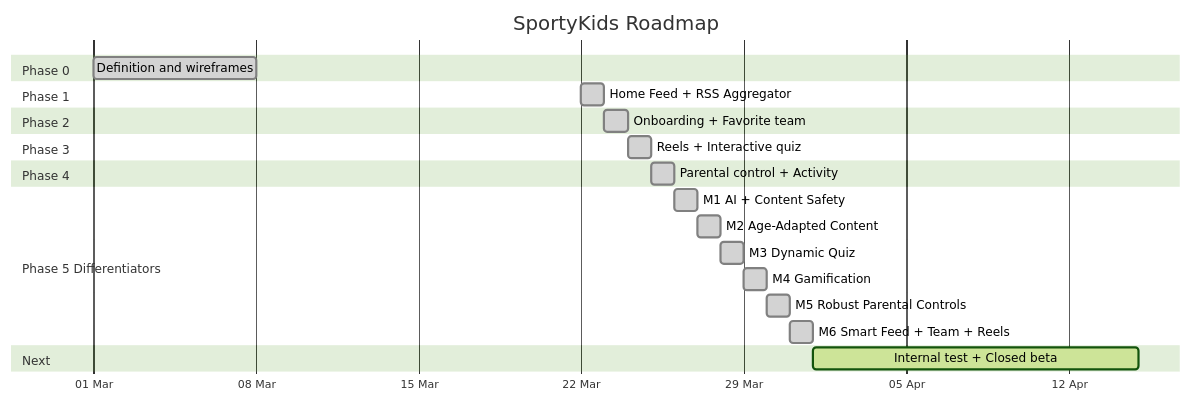
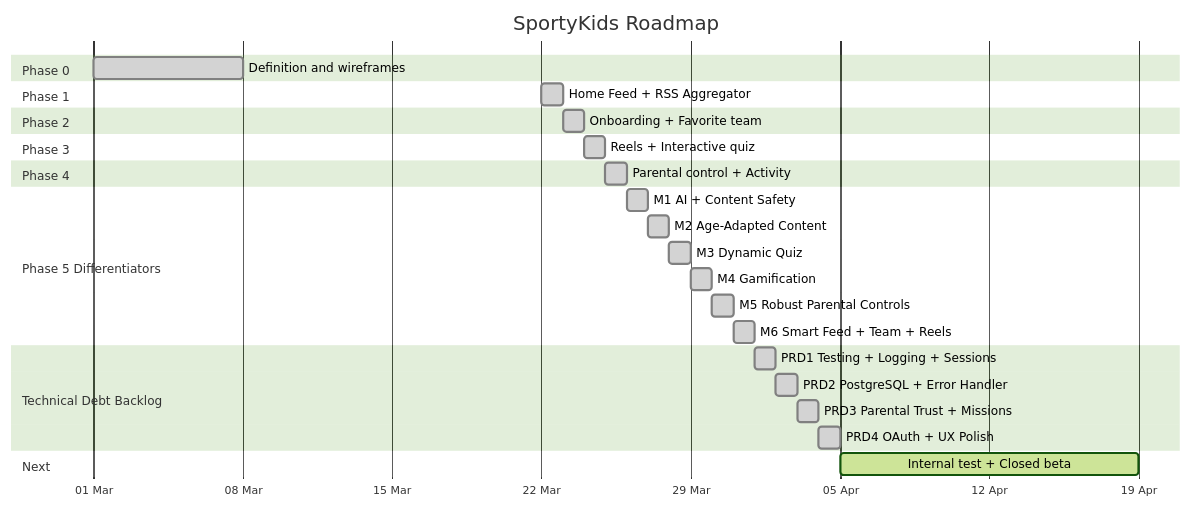
Before and after one commit to durdy48/SportyKids: the diagram in docs/en/10-roadmap-and-decisions.md, drawn with Mermaid (forest theme). The commit also changed other lines of this file and 425 other files, not shown here.

First line of the commit message:
feat: Technical Debt Backlog — 4 PRDs for production readiness

````diff
--- a/docs/en/10-roadmap-and-decisions.md
+++ b/docs/en/10-roadmap-and-decisions.md
@@ -5,32 +5,38 @@
 ```mermaid
 gantt
     title SportyKids Roadmap
     dateFormat YYYY-MM-DD
     axisFormat %d %b
 
     section Phase 0
     Definition and wireframes       :done, f0, 2026-03-01, 7d
 
     section Phase 1
     Home Feed + RSS Aggregator      :done, f1, 2026-03-22, 1d
 
     section Phase 2
     Onboarding + Favorite team      :done, f2, after f1, 1d
 
     section Phase 3
     Reels + Interactive quiz        :done, f3, after f2, 1d
 
     section Phase 4
     Parental control + Activity     :done, f4, after f3, 1d
 
     section Phase 5 Differentiators
     M1 AI + Content Safety          :done, m1, after f4, 1d
     M2 Age-Adapted Content          :done, m2, after m1, 1d
     M3 Dynamic Quiz                 :done, m3, after m2, 1d
     M4 Gamification                 :done, m4, after m3, 1d
     M5 Robust Parental Controls     :done, m5, after m4, 1d
     M6 Smart Feed + Team + Reels    :done, m6, after m5, 1d
 
+    section Technical Debt Backlog
+    PRD1 Testing + Logging + Sessions :done, td1, after m6, 1d
+    PRD2 PostgreSQL + Error Handler   :done, td2, after td1, 1d
+    PRD3 Parental Trust + Missions    :done, td3, after td2, 1d
+    PRD4 OAuth + UX Polish            :done, td4, after td3, 1d
+
     section Next
-    Internal test + Closed beta     :active, f6, after m6, 14d
+    Internal test + Closed beta     :active, f6, after td4, 14d
 ```
````
